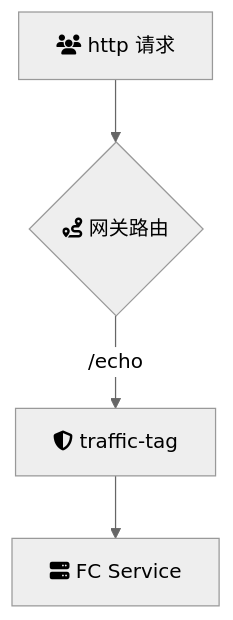
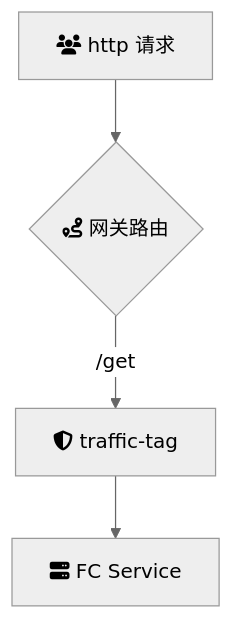
Before and after one commit to msa-group/start-apig: the diagram in traffic-tag-plugin/README.md, drawn with Mermaid (neutral theme). The commit also changed other lines of this file and 1 other file, not shown here.

Commit message:
feat: add traffic-tag-plugin

````diff
--- a/traffic-tag-plugin/README.md
+++ b/traffic-tag-plugin/README.md
@@ -24,6 +28,6 @@
 ```mermaid
 flowchart TB
 A[fa:fa-users http 请求] --> B{fa:fa-route 网关路由}
-	B -->|/echo| P1[fa:fa-shield-alt traffic-tag]
+	B -->|/get| P1[fa:fa-shield-alt traffic-tag]
 	P1 --> Backend[fa:fa-server FC Service]
 ```
````
